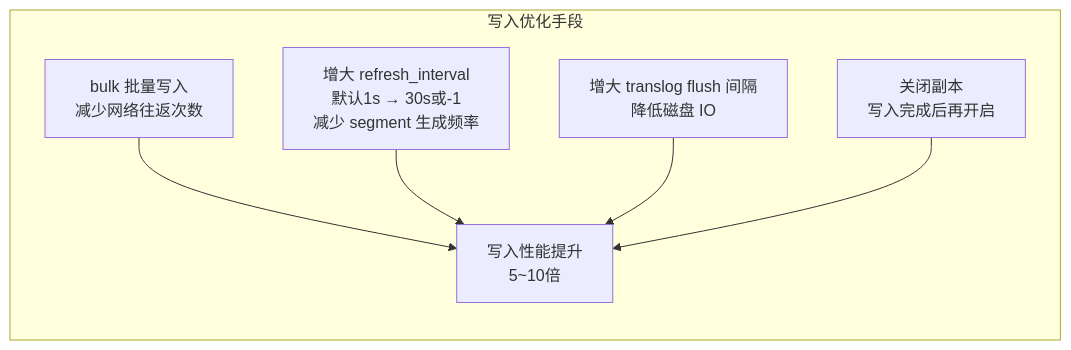
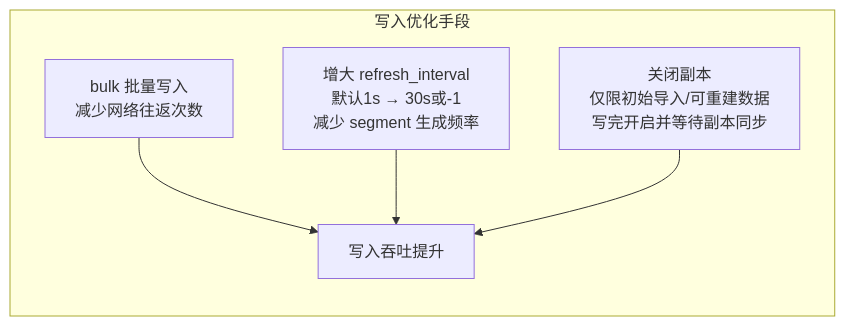
The first of 2 diagrams in docs/elasticsearch/08-performance/chapter-01-index-optimization.md (b1tzer/the-stack), drawn with Mermaid before and after one commit. The commit also changed other lines of this file and 3 other files, not shown here.

````diff
--- a/docs/elasticsearch/08-performance/chapter-01-index-optimization.md
+++ b/docs/elasticsearch/08-performance/chapter-01-index-optimization.md
@@ -10,9 +10,8 @@
 ```mermaid
 flowchart LR
     subgraph 写入优化手段
-        A["bulk 批量写入<br>减少网络往返次数"] --> Perf["写入性能提升<br>5~10倍"]
+        A["bulk 批量写入<br>减少网络往返次数"] --> Perf["写入吞吐提升"]
         B["增大 refresh_interval<br>默认1s → 30s或-1<br>减少 segment 生成频率"] --> Perf
-        C["增大 translog flush 间隔<br>降低磁盘 IO"] --> Perf
-        D["关闭副本<br>写入完成后再开启"] --> Perf
+        D["关闭副本<br>仅限初始导入/可重建数据<br>写完开启并等待副本同步"] --> Perf
     end
 ```
````
